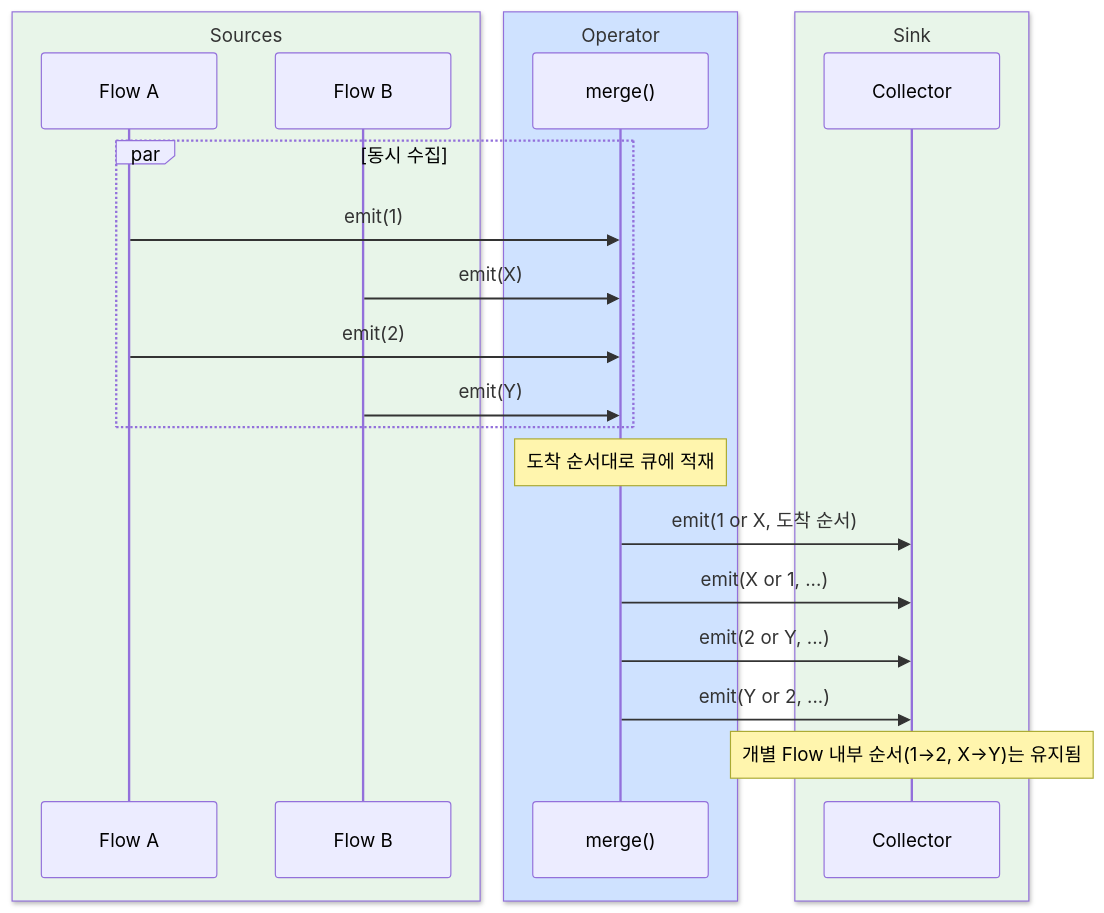
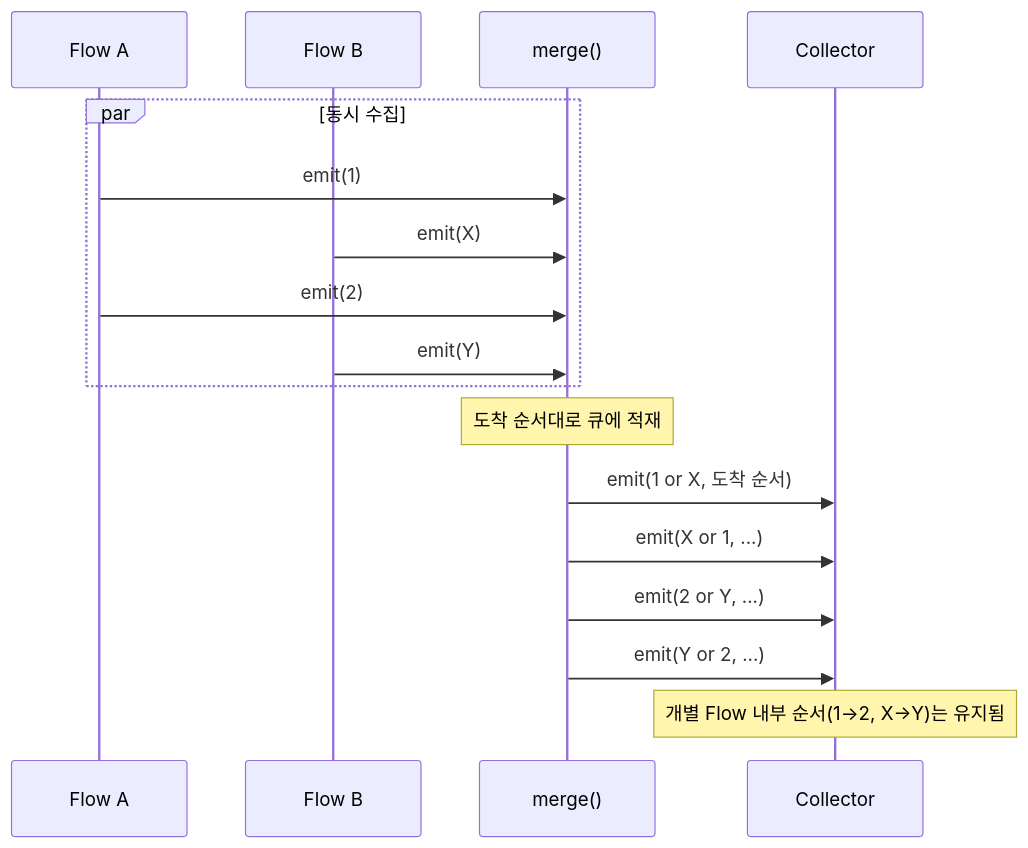
One commit to bluetape4k/bluetape4k-projects changed diagram 13 of 16 in bluetape4k/coroutines/README.ko.md. Above: the diagram before and after it, drawn with Mermaid. The commit also changed other lines of this file and 219 other files, not shown here.

First line of the commit message:
docs: 전체 README Mermaid 다이어그램 가이드 적용

````diff
--- a/bluetape4k/coroutines/README.ko.md
+++ b/bluetape4k/coroutines/README.ko.md
@@ -635,26 +585,20 @@
 ```mermaid
 sequenceDiagram
-    box rgb(232, 245, 233) Sources
         participant F1 as Flow A
         participant F2 as Flow B
-    end
-    box rgb(207, 226, 255) Operator
         participant M as merge()
-    end
-    box rgb(232, 245, 233) Sink
         participant R as Collector
-    end
 
     par 동시 수집
         F1 ->> M: emit(1)
         F2 ->> M: emit(X)
         F1 ->> M: emit(2)
         F2 ->> M: emit(Y)
     end
     Note over M: 도착 순서대로 큐에 적재
     M ->> R: emit(1 or X, 도착 순서)
     M ->> R: emit(X or 1, ...)
     M ->> R: emit(2 or Y, ...)
     M ->> R: emit(Y or 2, ...)
     Note over R: 개별 Flow 내부 순서(1→2, X→Y)는 유지됨
 ```
````
